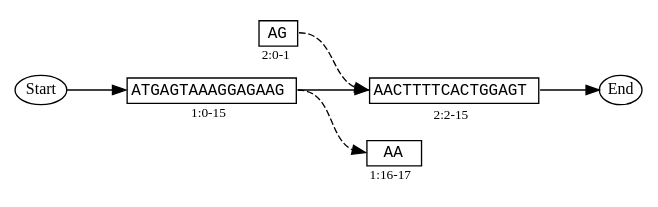
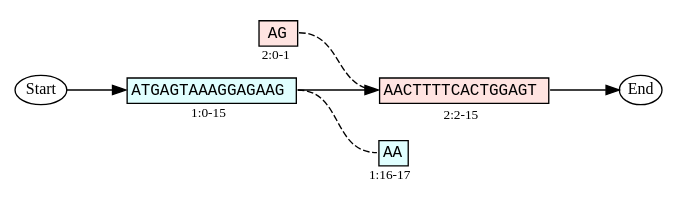
The diagram in docs/figures/operators/stitch_both_custom.dot (ginkgobioworks/gen), drawn with Graphviz before and after one commit. The commit also changed 13 other files, not shown here.

```diff
--- a/docs/figures/operators/stitch_both_custom.dot
+++ b/docs/figures/operators/stitch_both_custom.dot
@@ -1,39 +1,37 @@
 strict digraph "" {
 	graph [fontnames=svg,
 		rankdir=LR,
 		nodesep=0
 	];
 	node [label="\N"];
 	start	[fontsize=12,
 		height=0.3,
 		label=Start,
 		margin=0,
 		width=0.45];
 
-
-
-    1	[label=<<TABLE BORDER='0' CELLSPACING='0' WIDTH='115'><TR><TD ALIGN='CENTER' BORDER='1' PORT='seq'><FONT POINT-SIZE='12' FACE='Monospace'>ATGAGTAAAGGAGAAG</FONT></TD></TR><TR><TD BORDER='0' ALIGN='CENTER' ><FONT POINT-SIZE='10'>1:0-15</FONT></TD></TR></TABLE>>,
+    1	[label=<<TABLE BORDER='0' CELLSPACING='0' WIDTH='115'><TR><TD ALIGN='CENTER' BORDER='1' BGCOLOR='LIGHTCYAN' PORT='seq'><FONT POINT-SIZE='12' FACE='Monospace'>ATGAGTAAAGGAGAAG</FONT></TD></TR><TR><TD ALIGN='CENTER' ><FONT POINT-SIZE='10'>1:0-15</FONT></TD></TR></TABLE>>,
         shape=none];
 
-    2	[label=<<TABLE BORDER='0'><TR><TD BORDER='1' ALIGN='CENTER' PORT='seq'><FONT POINT-SIZE='12' FACE='Monospace'>AACTTTTCACTGGAGT</FONT></TD></TR><TR><TD BORDER='0' ALIGN='CENTER'><FONT POINT-SIZE='10'>2:2-15</FONT></TD></TR></TABLE>>,
+    2	[label=<<TABLE BORDER='0'><TR><TD BORDER='1' ALIGN='CENTER' BGCOLOR='MISTYROSE' PORT='seq'><FONT POINT-SIZE='12' FACE='Monospace'>AACTTTTCACTGGAGT</FONT></TD></TR><TR><TD ALIGN='CENTER'><FONT POINT-SIZE='10'>2:2-15</FONT></TD></TR></TABLE>>,
         shape=none];
 
-    3 	[label=<<TABLE BORDER='0' CELLSPACING='0'><TR><TD ALIGN='CENTER' BORDER='1' PORT='seq'><FONT POINT-SIZE='12' FACE='Monospace'>AA</FONT></TD><TD BORDER='0' WIDTH='90'></TD></TR><TR><TD BORDER='0' ALIGN='CENTER'><FONT POINT-SIZE='10'>1:16-17</FONT></TD><TD BORDER='0'></TD></TR></TABLE>>,
+    3 	[label=<<TABLE BORDER='0' CELLSPACING='0'><TR><TD ALIGN='CENTER' BORDER='1' PORT='seq' BGCOLOR='LIGHTCYAN' FIXEDSIZE='TRUE' WIDTH='0'><FONT POINT-SIZE='12' FACE='Monospace'>AA</FONT></TD><TD WIDTH='105'></TD></TR><TR><TD ALIGN='CENTER'><FONT POINT-SIZE='10'>1:16-17</FONT></TD><TD></TD></TR></TABLE>>,
         shape=none];
 
-	4   [label=<<TABLE BORDER='0' CELLSPACING='0'><TR><TD BORDER='0' WIDTH='100'></TD><TD ALIGN='CENTER' BORDER='1' PORT='seq'><FONT POINT-SIZE='12' FACE='Monospace'>AG</FONT></TD></TR><TR><TD BORDER='0'></TD><TD BORDER='0' ALIGN='CENTER'><FONT POINT-SIZE='10'>2:0-1</FONT></TD></TR></TABLE>>,
+	4   [label=<<TABLE BORDER='0' CELLSPACING='0'><TR><TD WIDTH='100'></TD><TD ALIGN='CENTER' BORDER='1' BGCOLOR='MISTYROSE' PORT='seq'><FONT POINT-SIZE='12' FACE='Monospace'>AG</FONT></TD></TR><TR><TD BORDER='0'></TD><TD ALIGN='CENTER'><FONT POINT-SIZE='10'>2:0-1</FONT></TD></TR></TABLE>>,
             shape=none];
 
 	end	[fontsize=12,
 		height=0.3,
 		label=End,
 		margin=0,
 		width=0.45];
 
 	start:e -> 1:seq:w;
 	1:seq:e -> 2:seq:w [weight=10];
-	1:seq:e -> 3:seq:w [style=dashed];
-    4:seq:e -> 2:seq:w [style=dashed];
+	1:seq:e -> 3:seq:w [style=dashed, arrowhead=none];
+    4:seq:e -> 2:seq:w [style=dashed, arrowhead=none];
 	2:seq:e -> end:w;
 
 }
```
